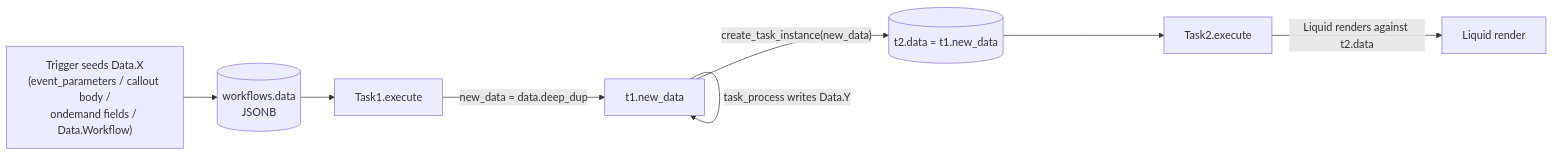
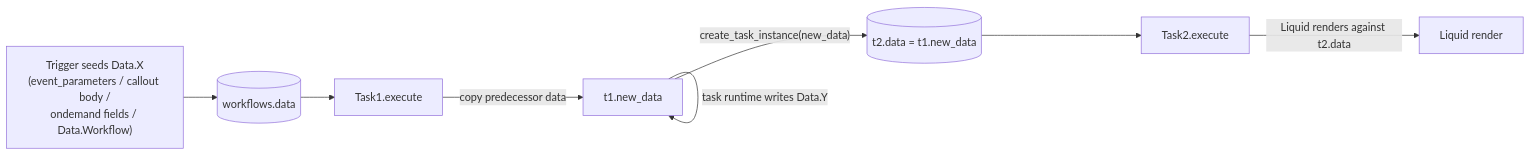
One commit to zuora/zuora-coding-agent changed the diagram in references/workflow-data-flow.md. Above: the diagram before and after it, drawn with Mermaid. The commit also changed other lines of this file and 29 other files, not shown here.

````diff
--- a/references/workflow-data-flow.md
+++ b/references/workflow-data-flow.md
@@ -15,10 +15,10 @@
 ```mermaid
 flowchart LR
-  trigger["Trigger seeds Data.X<br/>(event_parameters / callout body /<br/>ondemand fields / Data.Workflow)"] --> wfdata[("workflows.data<br/>JSONB")]
-  wfdata --> t1exec["Task1.execute"]
-  t1exec -- "new_data = data.deep_dup" --> t1new["t1.new_data"]
-  t1new -- "task_process writes Data.Y" --> t1new
-  t1new -- "create_task_instance(new_data)" --> t2data[("t2.data = t1.new_data")]
-  t2data --> t2exec["Task2.execute"]
-  t2exec -- "Liquid renders against t2.data" --> liquid["Liquid render"]
+ trigger["Trigger seeds Data.X<br/>(event_parameters / callout body /<br/>ondemand fields / Data.Workflow)"] --> wfdata[("workflows.data")]
+ wfdata --> t1exec["Task1.execute"]
+ t1exec -- "copy predecessor data" --> t1new["t1.new_data"]
+ t1new -- "task runtime writes Data.Y" --> t1new
+ t1new -- "create_task_instance(new_data)" --> t2data[("t2.data = t1.new_data")]
+ t2data --> t2exec["Task2.execute"]
+ t2exec -- "Liquid renders against t2.data" --> liquid["Liquid render"]
 ```
````
